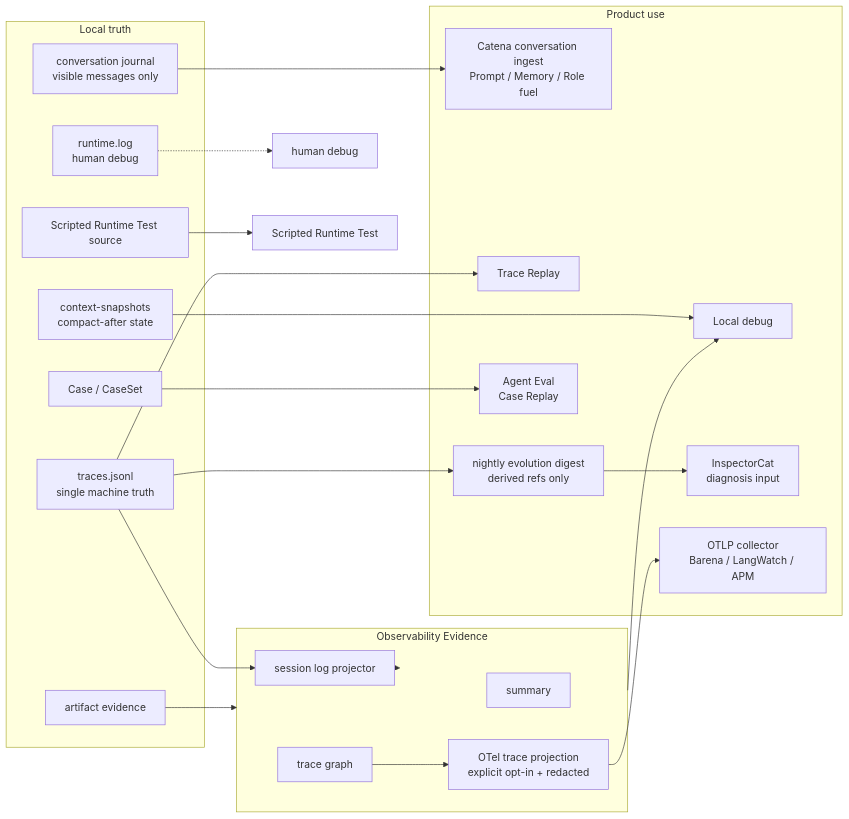
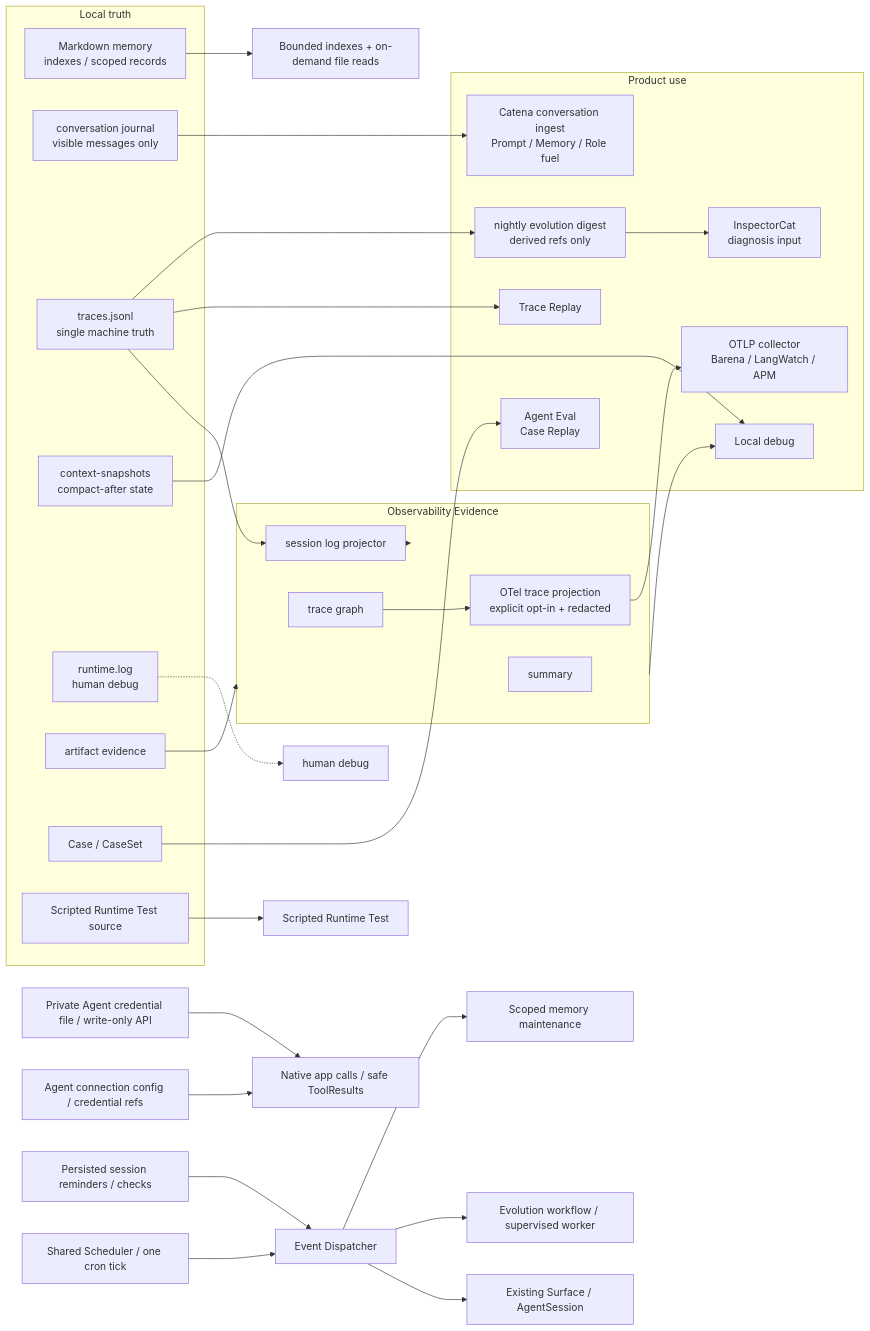
Before and after one commit to fightheyyy/xiaobaOS: the second of 2 diagrams in docs/observability-evidence/SPEC.md, drawn with Mermaid. The commit also changed other lines of this file and 129 other files, not shown here.

Commit message:
feat: add personal agent events, memory, connectors and sandbox runtime

````diff
--- a/docs/observability-evidence/SPEC.md
+++ b/docs/observability-evidence/SPEC.md
@@ -114,44 +135,53 @@
 ```mermaid
 flowchart LR
+    CredentialStore["Private Agent credential file / write-only API"] --> AppCalls
+    AgentConfig["Agent connection config / credential refs"] --> AppCalls["Native app calls / safe ToolResults"]
+    SessionTimer["Persisted session reminders / checks"] --> ScheduledEvents
+    ScheduledEvents --> SessionWake["Existing Surface / AgentSession"]
+    DailyScheduler["Shared Scheduler / one cron tick"] --> ScheduledEvents["Event Dispatcher"]
+    ScheduledEvents --> EvolutionConsumer["Evolution workflow / supervised worker"]
+    ScheduledEvents --> MemoryConsumer["Scoped memory maintenance"]
     subgraph LocalTruth["Local truth"]
+        Memory["Markdown memory<br/>indexes / scoped records"]
         Conversation["conversation journal<br/>visible messages only"]
         JSONL["traces.jsonl<br/>single machine truth"]
         Snapshots["context-snapshots<br/>compact-after state"]
         RuntimeLog["runtime.log<br/>human debug"]
         Artifacts["artifact evidence"]
         Cases["Case / CaseSet"]
         TestFixtures["Scripted Runtime Test source"]
     end
 
     subgraph Obs["Observability Evidence"]
         Projector["session log projector"]
         Summary["summary"]
         TraceGraph["trace graph"]
         Otel["OTel trace projection<br/>explicit opt-in + redacted"]
     end
 
     subgraph ProductUse["Product use"]
         CatenaConversation["Catena conversation ingest<br/>Prompt / Memory / Role fuel"]
         Replay["Trace Replay"]
         Debug["Local debug"]
         SleepDigest["nightly evolution digest<br/>derived refs only"]
         Inspector["InspectorCat<br/>diagnosis input"]
         AgentEval["Agent Eval<br/>Case Replay"]
         Collector["OTLP collector<br/>Barena / LangWatch / APM"]
     end
 
+    Memory --> Recall["Bounded indexes + on-demand file reads"]
     JSONL --> Projector
     Conversation --> CatenaConversation
     Snapshots --> Debug
     RuntimeLog -.-> Maintainer["human debug"]
     Projector --> Obs
     TraceGraph --> Otel
     Otel --> Collector
     Artifacts --> Obs
     JSONL --> Replay
     JSONL --> SleepDigest
     SleepDigest --> Inspector
     Obs --> Debug
     Cases --> AgentEval
     TestFixtures --> TestRun["Scripted Runtime Test"]
 ```
````
